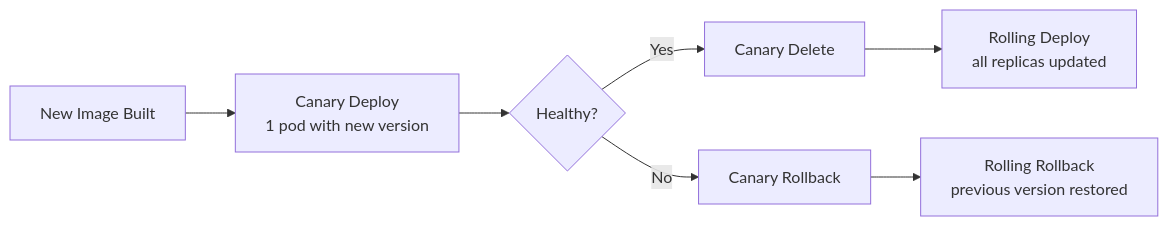
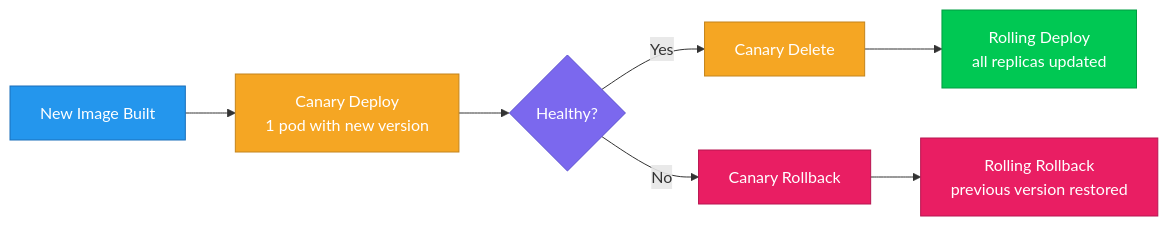
The fourth of 4 diagrams in docs/ARCHITECTURE.md (scarolan/harness-demo), drawn with Mermaid before and after one commit. The commit also changed other lines of this file, not shown here.

First line of the commit message:
Add color to architecture Mermaid diagrams

````diff
--- a/docs/ARCHITECTURE.md
+++ b/docs/ARCHITECTURE.md
@@ -153,9 +170,17 @@
 ```mermaid
 graph LR
     A[New Image Built] --> B[Canary Deploy<br/>1 pod with new version]
     B --> C{Healthy?}
     C -->|Yes| D[Canary Delete]
     D --> E[Rolling Deploy<br/>all replicas updated]
     C -->|No| F[Canary Rollback]
     F --> G[Rolling Rollback<br/>previous version restored]
+
+    style A fill:#2496ed,stroke:#1a6fba,color:#fff
+    style B fill:#f5a623,stroke:#c4841c,color:#fff
+    style C fill:#7b68ee,stroke:#5a4fcf,color:#fff
+    style D fill:#f5a623,stroke:#c4841c,color:#fff
+    style E fill:#00c853,stroke:#009e42,color:#fff
+    style F fill:#e91e63,stroke:#b71550,color:#fff
+    style G fill:#e91e63,stroke:#b71550,color:#fff
 ```
````
